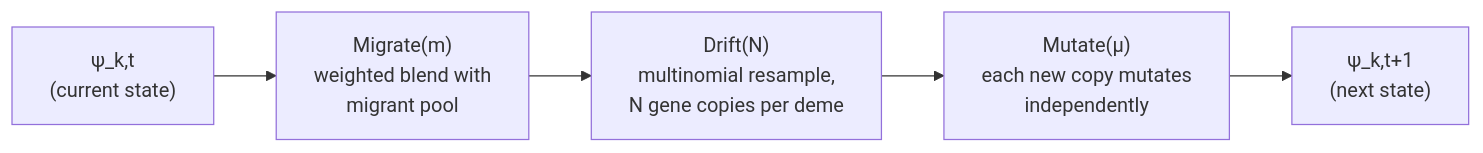
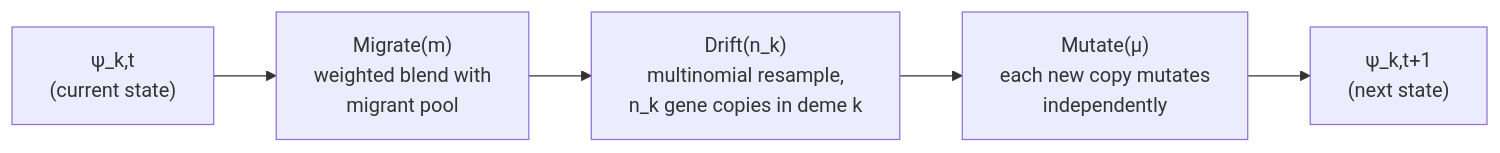
One commit to selby-botany/jost-finite-island-model changed the first of 3 diagrams in doc/fim-simulator-design.md. Above: the diagram before and after it, drawn with Mermaid. The commit also changed other lines of this file, not shown here.

````diff
--- a/doc/fim-simulator-design.md
+++ b/doc/fim-simulator-design.md
@@ -317,7 +377,7 @@
 ```mermaid
 flowchart LR
     A["ψ_k,t\n(current state)"] --> B["Migrate(m)\nweighted blend with\nmigrant pool"]
-    B --> C["Drift(N)\nmultinomial resample,\nN gene copies per deme"]
+    B --> C["Drift(n_k)\nmultinomial resample,\nn_k gene copies in deme k"]
     C --> D["Mutate(μ)\neach new copy mutates\nindependently"]
     D --> E["ψ_k,t+1\n(next state)"]
 ```
````
